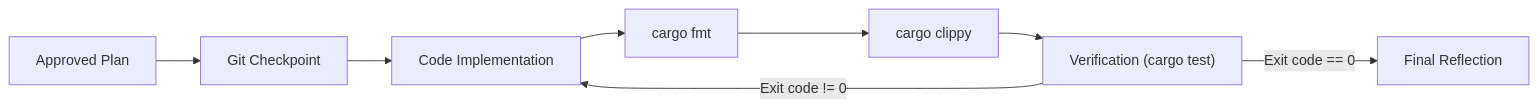
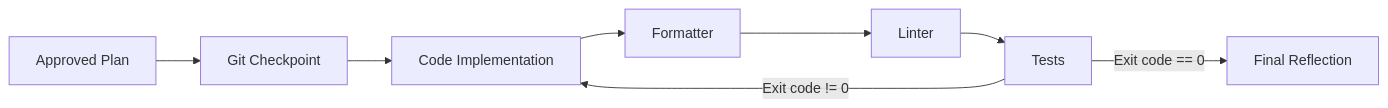
Before and after one commit to wends155/opc-cli: the diagram in GEMINI.md, drawn with Mermaid. The commit also changed other lines of this file and 6 other files, not shown here.

````diff
--- a/GEMINI.md
+++ b/GEMINI.md
@@ -49,10 +111,10 @@
 ```mermaid
 graph LR
     ApprovedPlan["Approved Plan"] --> GitCheckpoint["Git Checkpoint"]
     GitCheckpoint --> CodeImpl["Code Implementation"]
-    CodeImpl --> Formatter["cargo fmt"]
-    Formatter --> Linter["cargo clippy"]
-    Linter --> Verify["Verification (cargo test)"]
+    CodeImpl --> Formatter["Formatter"]
+    Formatter --> Linter["Linter"]
+    Linter --> Verify["Tests"]
     Verify -- "Exit code != 0" --> CodeImpl
     Verify -- "Exit code == 0" --> FinalReview["Final Reflection"]
 ```
````
